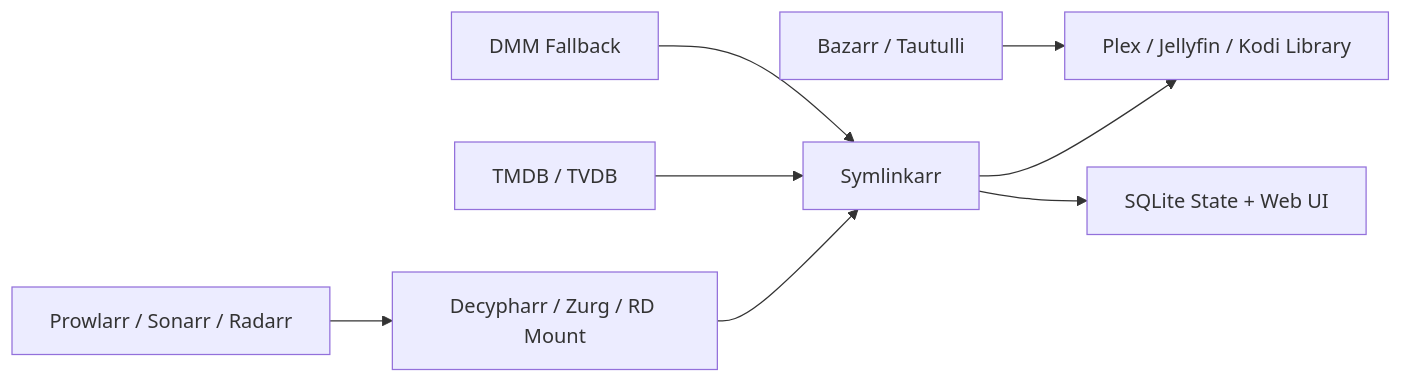
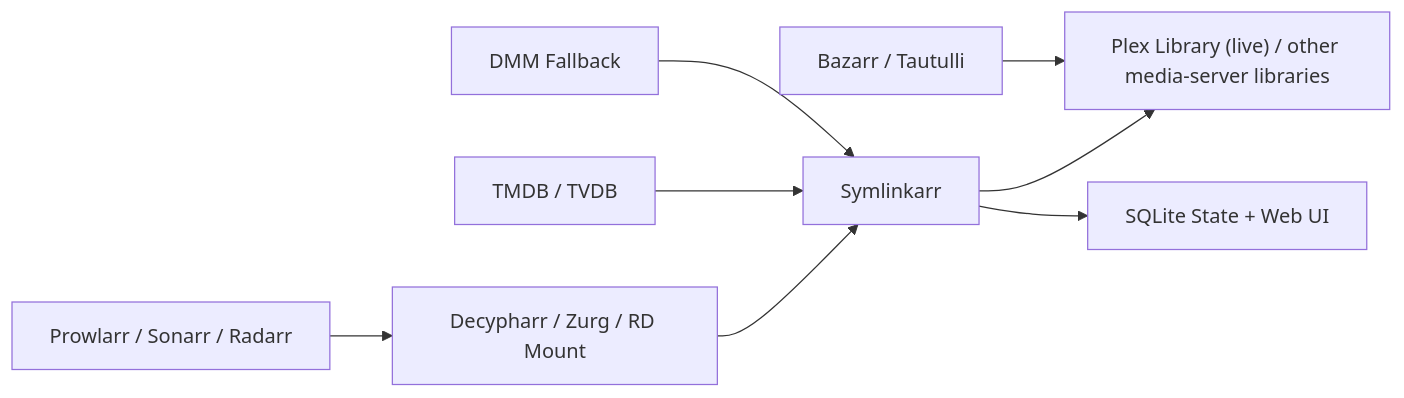
One commit to LAP87/Symlinkarr changed the diagram in README.md. Above: the diagram before and after it, drawn with Mermaid. The commit also changed other lines of this file, not shown here.

Commit message:
docs: clarify current media-server support status

````diff
--- a/README.md
+++ b/README.md
@@ -56,10 +57,10 @@
 ```mermaid
 flowchart LR
     A["Prowlarr / Sonarr / Radarr"] --> B["Decypharr / Zurg / RD Mount"]
     B --> C["Symlinkarr"]
     D["TMDB / TVDB"] --> C
     E["DMM Fallback"] --> C
-    C --> F["Plex / Jellyfin / Kodi Library"]
+    C --> F["Plex Library (live) / other media-server libraries"]
     C --> G["SQLite State + Web UI"]
     H["Bazarr / Tautulli"] --> F
 ```
````
